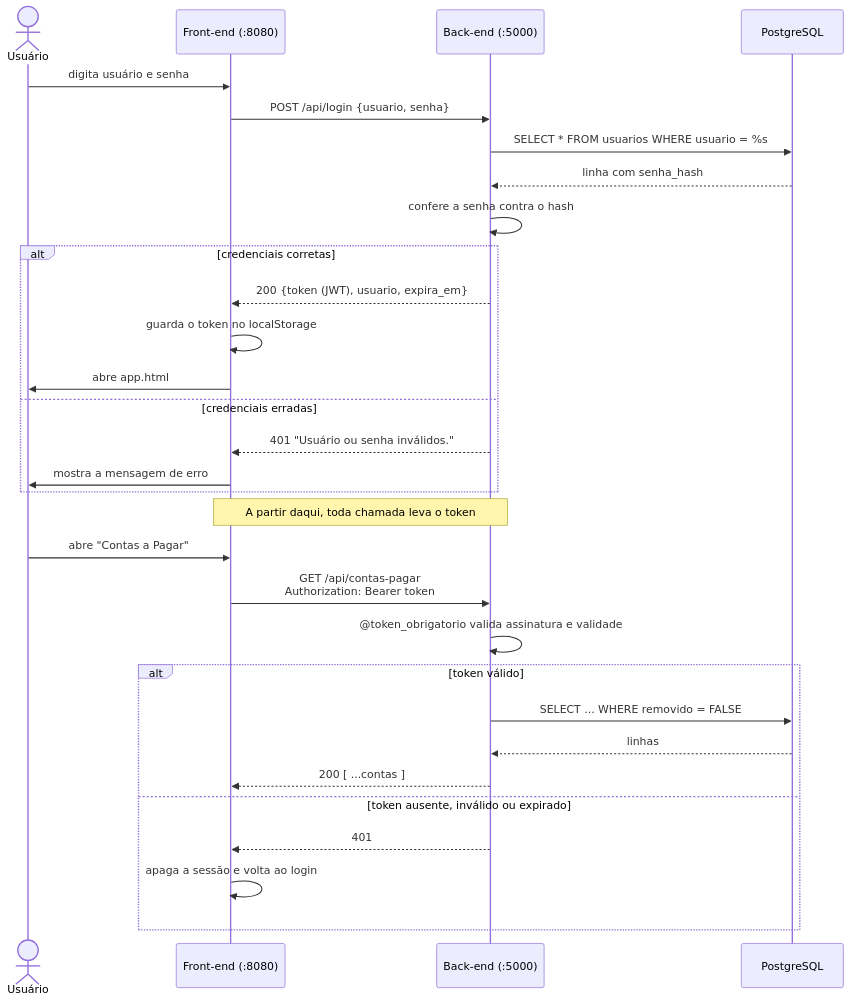
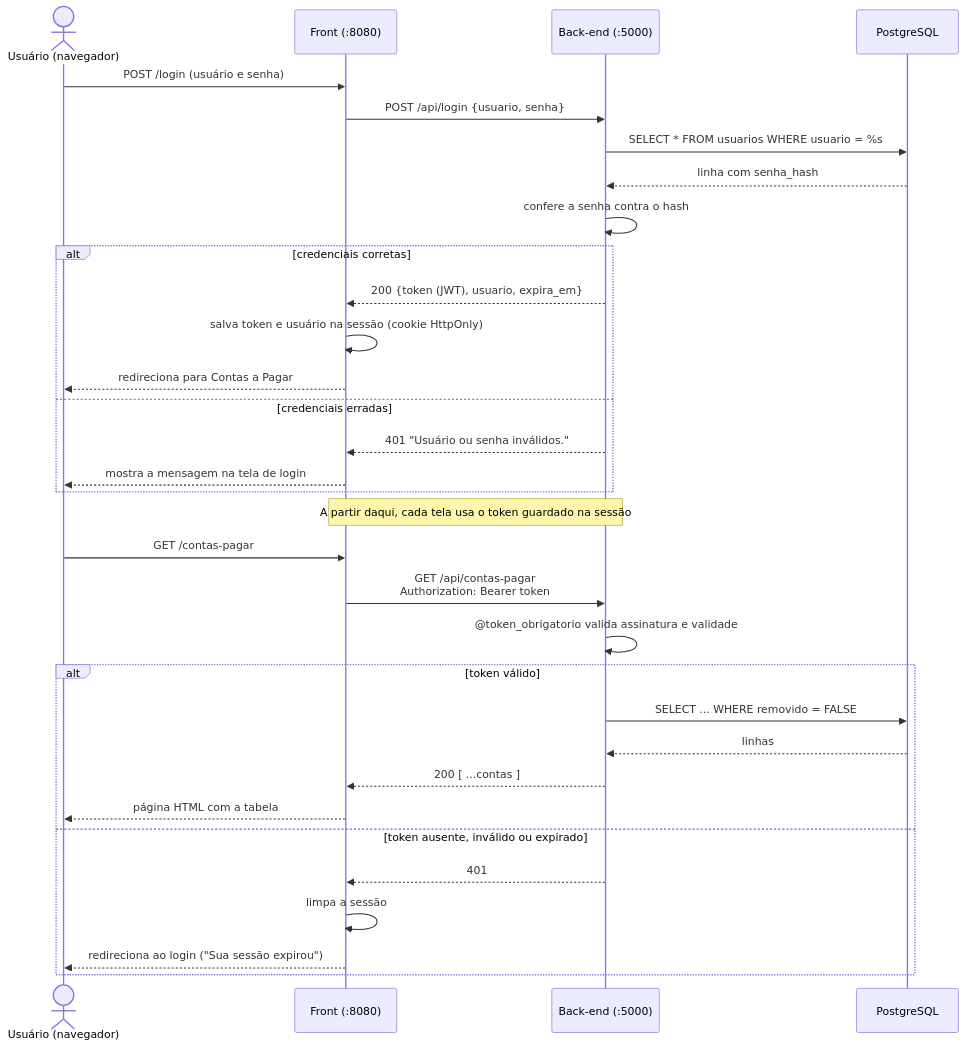
The fourth of 5 diagrams in docs/ARQUITETURA.md (Ujs74wiop6/coop-financeiro), drawn with Mermaid before and after one commit. The commit also changed other lines of this file and 2 other files, not shown here.

````diff
--- a/docs/ARQUITETURA.md
+++ b/docs/ARQUITETURA.md
@@ -56,35 +90,37 @@
 ```mermaid
 sequenceDiagram
-    actor U as Usuário
-    participant F as Front-end (:8080)
+    actor U as Usuário (navegador)
+    participant F as Front (:8080)
     participant B as Back-end (:5000)
     participant D as PostgreSQL
 
-    U->>F: digita usuário e senha
+    U->>F: POST /login (usuário e senha)
     F->>B: POST /api/login {usuario, senha}
     B->>D: SELECT * FROM usuarios WHERE usuario = %s
     D-->>B: linha com senha_hash
     B->>B: confere a senha contra o hash
     alt credenciais corretas
         B-->>F: 200 {token (JWT), usuario, expira_em}
-        F->>F: guarda o token no localStorage
-        F->>U: abre app.html
+        F->>F: salva token e usuário na sessão (cookie HttpOnly)
+        F-->>U: redireciona para Contas a Pagar
     else credenciais erradas
         B-->>F: 401 "Usuário ou senha inválidos."
-        F->>U: mostra a mensagem de erro
+        F-->>U: mostra a mensagem na tela de login
     end
 
-    Note over F,B: A partir daqui, toda chamada leva o token
+    Note over F,B: A partir daqui, cada tela usa o token guardado na sessão
 
-    U->>F: abre "Contas a Pagar"
+    U->>F: GET /contas-pagar
     F->>B: GET /api/contas-pagar<br/>Authorization: Bearer token
     B->>B: @token_obrigatorio valida assinatura e validade
     alt token válido
         B->>D: SELECT ... WHERE removido = FALSE
         D-->>B: linhas
         B-->>F: 200 [ ...contas ]
+        F-->>U: página HTML com a tabela
     else token ausente, inválido ou expirado
         B-->>F: 401
-        F->>F: apaga a sessão e volta ao login
+        F->>F: limpa a sessão
+        F-->>U: redireciona ao login ("Sua sessão expirou")
     end
 ```
````
